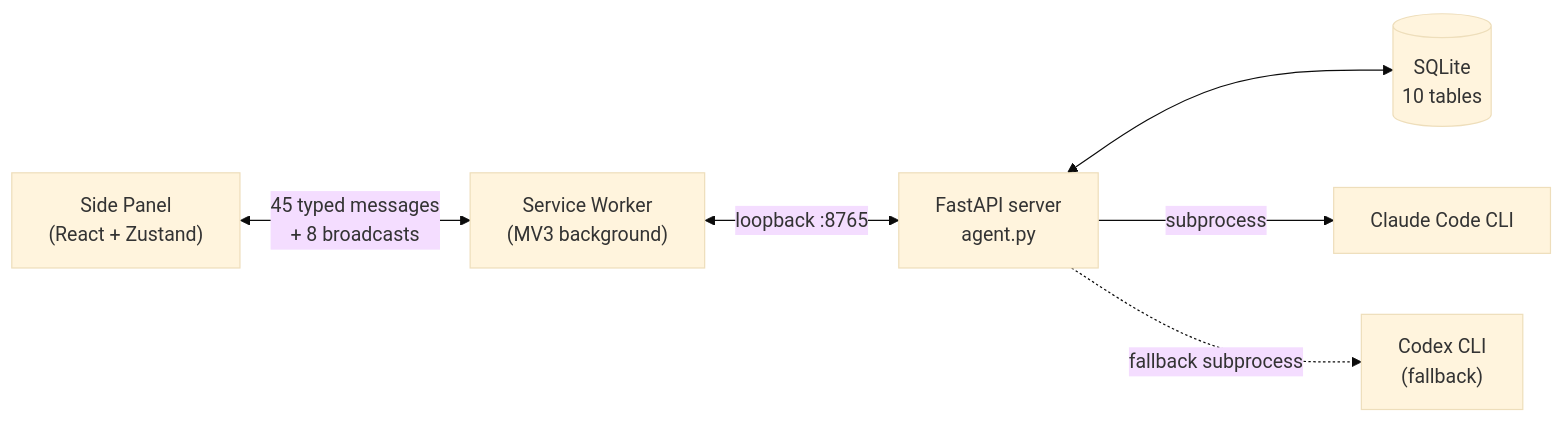
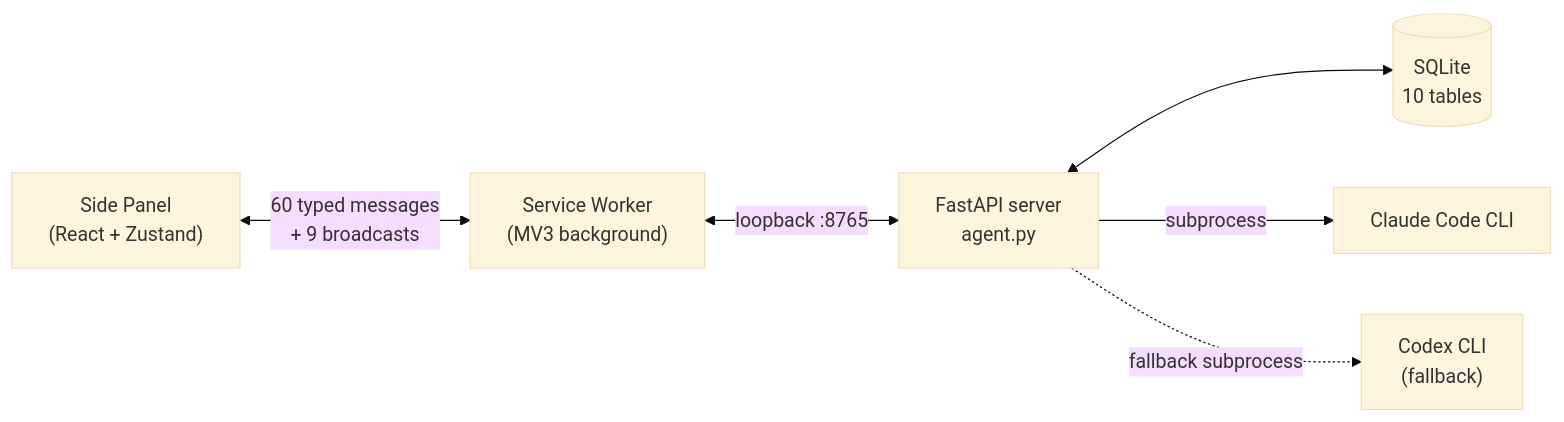
The diagram in README.md (eiler2005/ai-tab-optimizer), drawn with Mermaid (base theme) before and after one commit. The commit also changed other lines of this file and 45 other files, not shown here.

````diff
--- a/README.md
+++ b/README.md
@@ -61,15 +61,15 @@
 ```mermaid
 flowchart LR
   SP["Side Panel<br/>(React + Zustand)"]
   SW["Service Worker<br/>(MV3 background)"]
   Srv["FastAPI server<br/>agent.py"]
   DB[("SQLite<br/>10 tables")]
   CCC["Claude Code CLI"]
   COX["Codex CLI<br/>(fallback)"]
 
-  SP <--> |45 typed messages<br/>+ 8 broadcasts| SW
+  SP <--> |60 typed messages<br/>+ 9 broadcasts| SW
   SW <--> |loopback :8765| Srv
   Srv <--> DB
   Srv --> |subprocess| CCC
   Srv -.-> |fallback subprocess| COX
 ```
````
